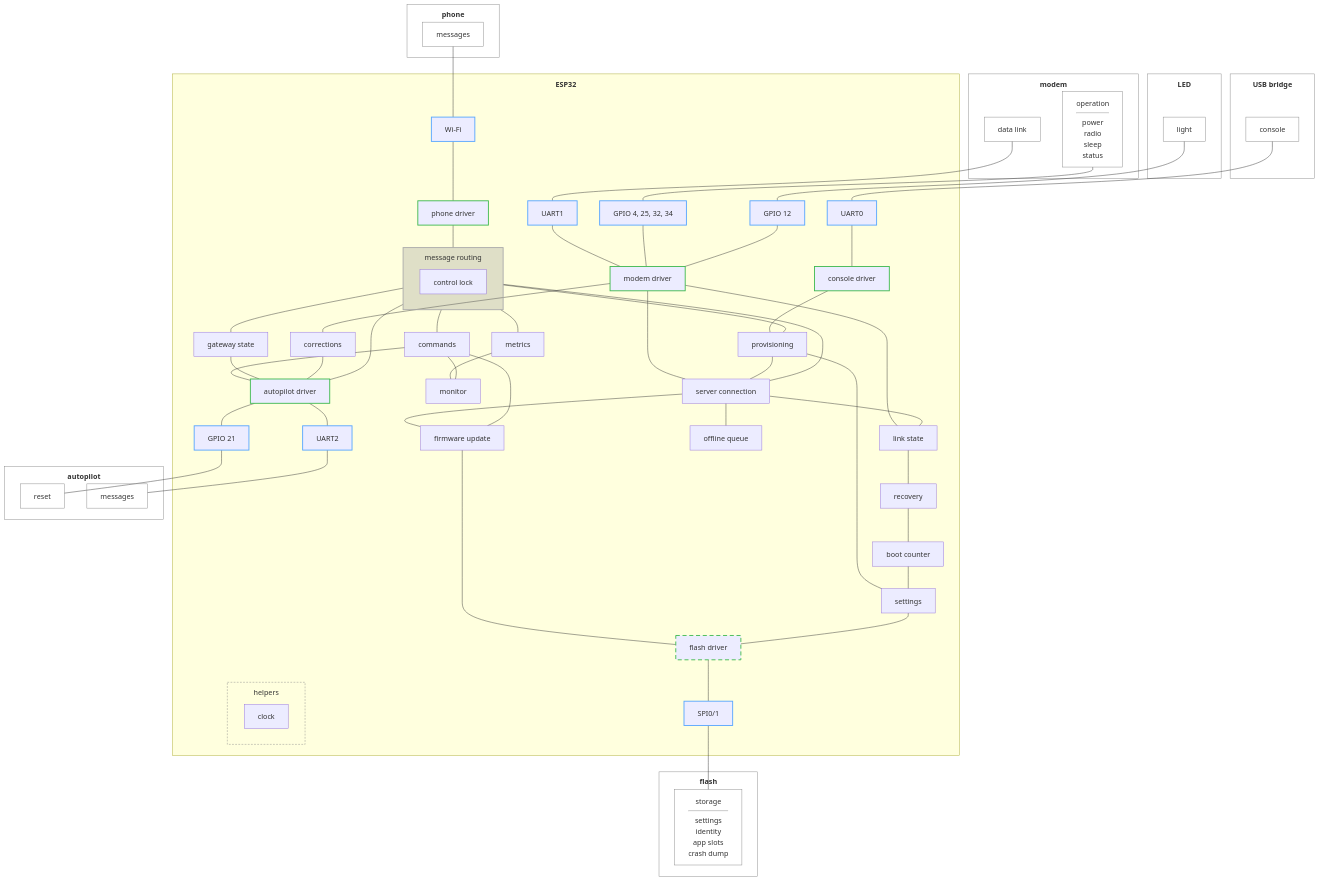
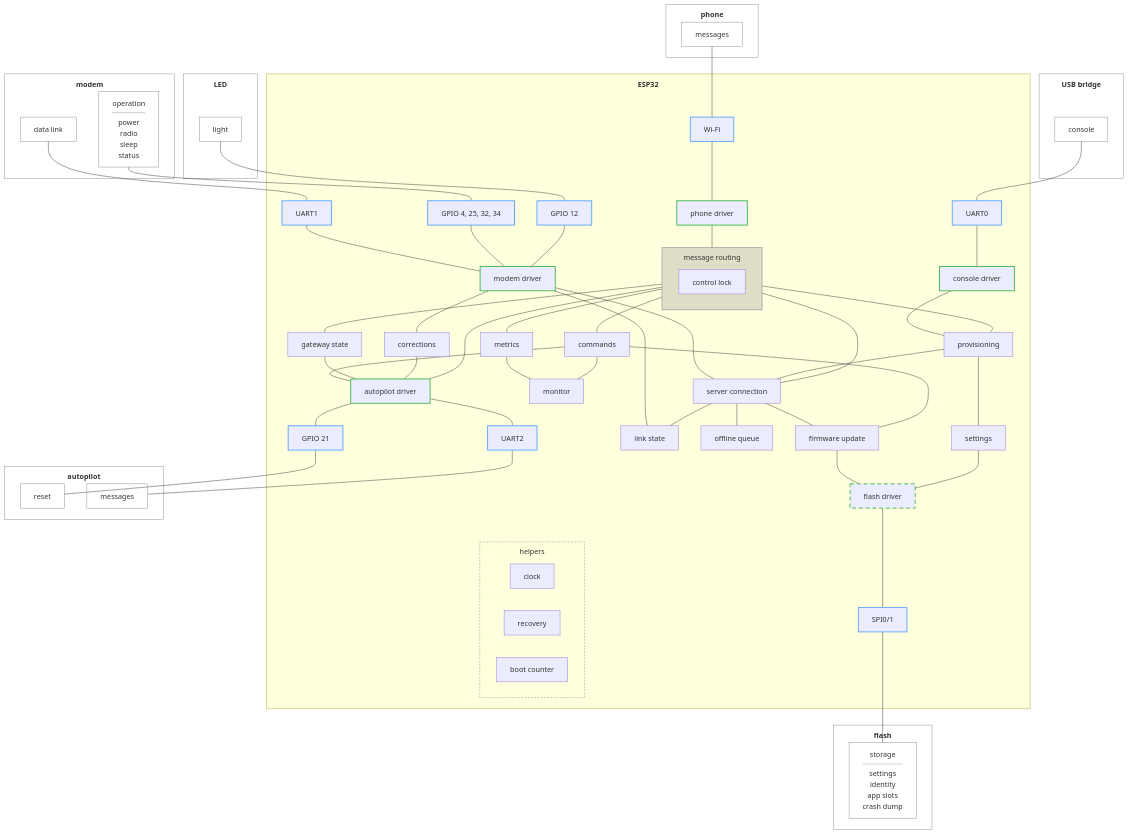
Before and after one commit to rmx-lt/rmx-mower-gateway: the diagram in .esp-architecture/diagrams/block-draft.md, drawn with Mermaid.

Commit message:
Draft: recovery and boot counter to helpers

```diff
--- a/.esp-architecture/diagrams/block-draft.md
+++ b/.esp-architecture/diagrams/block-draft.md
@@ -48,9 +48,9 @@
     ls["link state"]
     subgraph help["helpers"]
       clk["clock"]
+      rec["recovery"]
+      boot["boot counter"]
     end
-    rec["recovery"]
-    boot["boot counter"]
     q["offline queue"]
     bl["autopilot driver"]
     set["settings"]
@@ -88,9 +88,6 @@
   cmd --- upd
   prov --- mqtt
   prov --- set
-  ls --- rec
-  rec --- boot
-  boot --- set
   mqtt --- q
   cmd --- bl
   state --- bl
```
